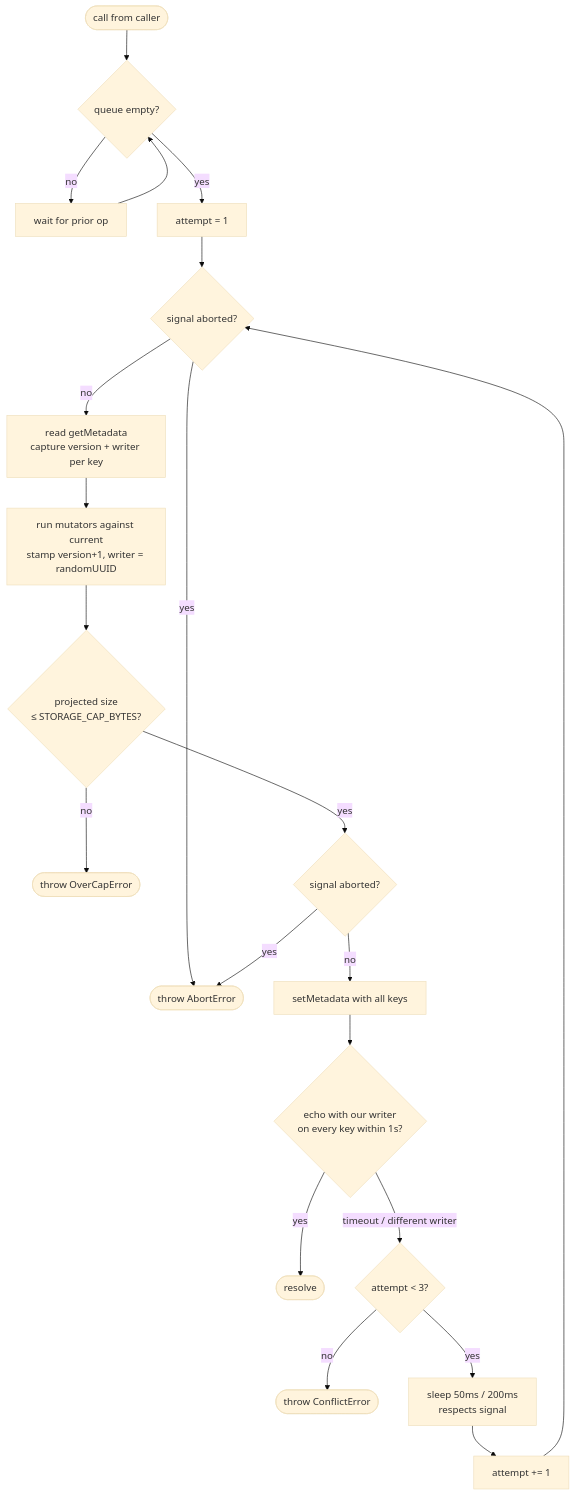
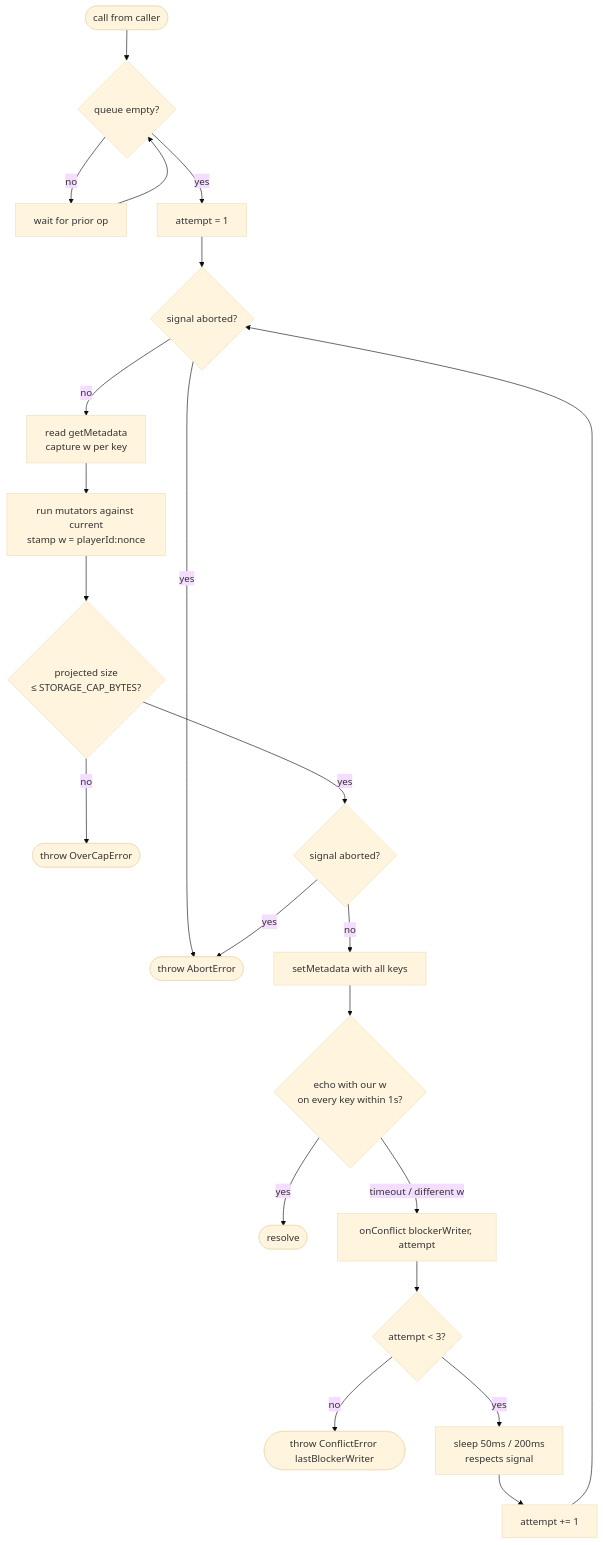
Before and after one commit to abottchen/obr-inv: the second of 4 diagrams in docs/superpowers/specs/2026-05-02-atomic-inventory-updates-design.md, drawn with Mermaid (base theme). The commit also changed other lines of this file, not shown here.

First line of the commit message:
docs(spec): drop version, hybrid writer, blocker reporting in UI

````diff
--- a/docs/superpowers/specs/2026-05-02-atomic-inventory-updates-design.md
+++ b/docs/superpowers/specs/2026-05-02-atomic-inventory-updates-design.md
@@ -219,23 +209,24 @@
 ```mermaid
 flowchart TD
     Start([call from caller]) --> Queue{queue empty?}
     Queue -- no --> Wait[wait for prior op]
     Wait --> Queue
     Queue -- yes --> Attempt[attempt = 1]
     Attempt --> Abort1{signal aborted?}
     Abort1 -- yes --> ThrowAbort([throw AbortError])
-    Abort1 -- no --> Read[read getMetadata<br/>capture version + writer per key]
-    Read --> Mutate[run mutators against current<br/>stamp version+1, writer = randomUUID]
+    Abort1 -- no --> Read[read getMetadata<br/>capture w per key]
+    Read --> Mutate[run mutators against current<br/>stamp w = playerId:nonce]
     Mutate --> CapCheck{projected size<br/>≤ STORAGE_CAP_BYTES?}
     CapCheck -- no --> ThrowCap([throw OverCapError])
     CapCheck -- yes --> Abort2{signal aborted?}
     Abort2 -- yes --> ThrowAbort
     Abort2 -- no --> Write[setMetadata with all keys]
-    Write --> Echo{echo with our writer<br/>on every key within 1s?}
+    Write --> Echo{echo with our w<br/>on every key within 1s?}
     Echo -- yes --> Success([resolve])
-    Echo -- timeout / different writer --> Retry{attempt &lt; 3?}
-    Retry -- no --> ThrowConflict([throw ConflictError])
+    Echo -- timeout / different w --> ConflictCb[onConflict blockerWriter, attempt]
+    ConflictCb --> Retry{attempt &lt; 3?}
+    Retry -- no --> ThrowConflict([throw ConflictError lastBlockerWriter])
     Retry -- yes --> Backoff[sleep 50ms / 200ms<br/>respects signal]
     Backoff --> AttemptInc[attempt += 1]
     AttemptInc --> Abort1
 ```
````
